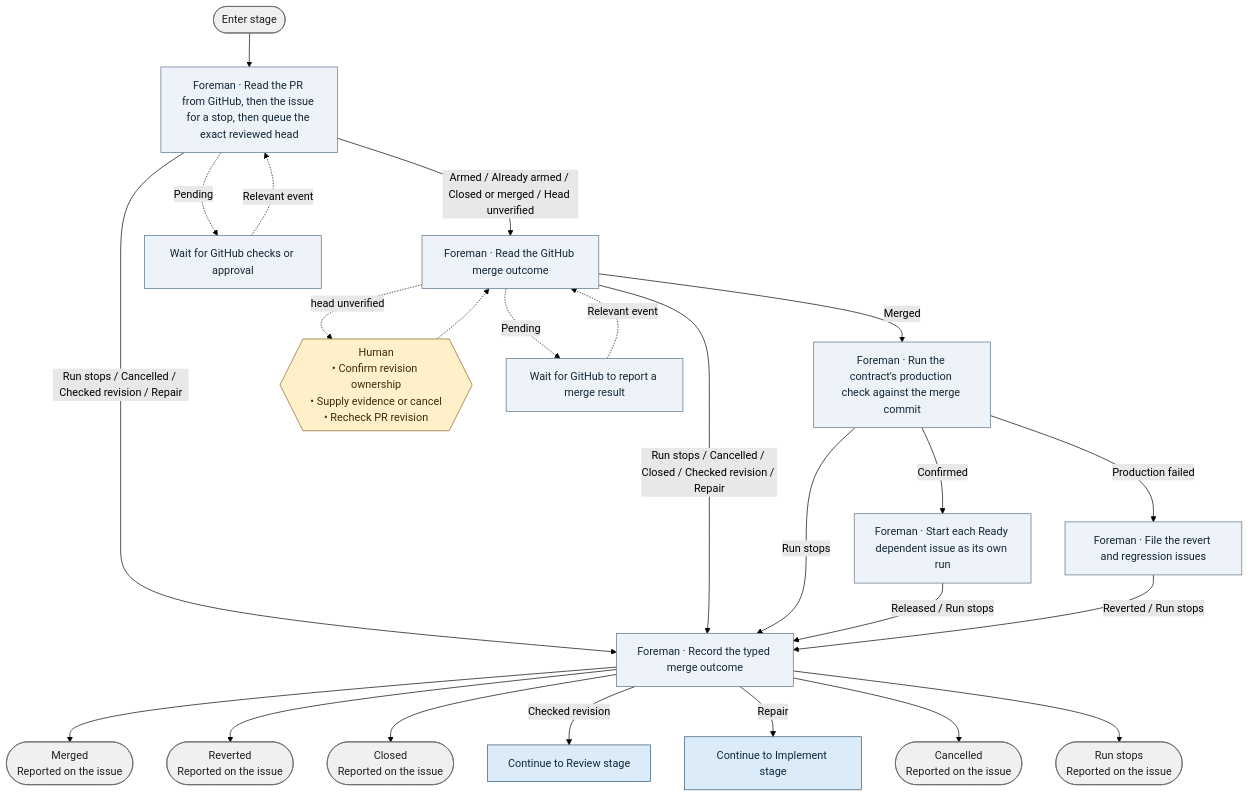
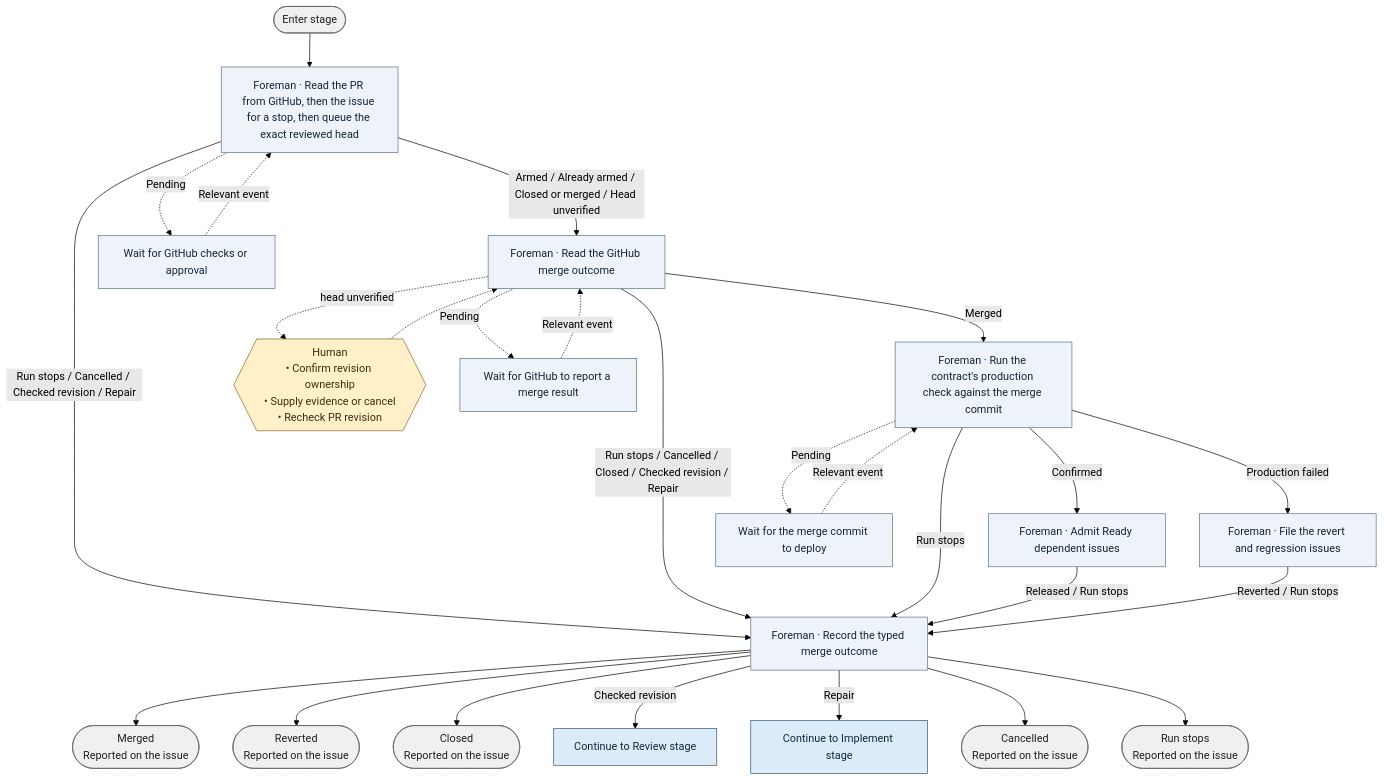
The diagram in docs/graph/blueprint/views/stages/merge.mmd (bookout-labs/tools), drawn with Mermaid (forest theme) before and after one commit. The commit also changed 26 other files, not shown here.

```diff
--- a/docs/graph/blueprint/views/stages/merge.mmd
+++ b/docs/graph/blueprint/views/stages/merge.mmd
@@ -1,46 +1,49 @@
 flowchart TD
     n0(["Enter stage"]):::terminal
     n1["Foreman · Read the PR from GitHub, then the issue for a stop, then queue the exact reviewed head"]:::step
     n2["Foreman · Read the GitHub merge outcome"]:::step
     n3["Foreman · Run the contract's production check against the merge commit"]:::step
-    n4["Foreman · Start each Ready dependent issue as its own run"]:::step
+    n4["Foreman · Admit Ready dependent issues"]:::step
     n5["Foreman · File the revert and regression issues"]:::step
     n6["Foreman · Record the typed merge outcome"]:::step
     n7(["Merged<br/>Reported on the issue"]):::terminal
     n8(["Reverted<br/>Reported on the issue"]):::terminal
     n9(["Closed<br/>Reported on the issue"]):::terminal
     n10["Continue to Review stage"]:::stage
     n11["Continue to Implement stage"]:::stage
     n12(["Cancelled<br/>Reported on the issue"]):::terminal
     n13(["Run stops<br/>Reported on the issue"]):::terminal
     n14{{"Human<br/>• Confirm revision ownership<br/>• Supply evidence or cancel<br/>• Recheck PR revision"}}:::gate
     n15["Wait for GitHub checks or approval"]:::step
     n16["Wait for GitHub to report a merge result"]:::step
+    n17["Wait for the merge commit to deploy"]:::step
     n0 --> n1
     n1 -->|"Run stops / Cancelled / Checked revision / Repair"| n6
     n1 -->|"Armed / Already armed / Closed or merged / Head unverified"| n2
     n2 -->|"Run stops / Cancelled / Closed / Checked revision / Repair"| n6
     n2 -->|"Merged"| n3
     n3 -->|"Confirmed"| n4
     n3 -->|"Production failed"| n5
     n3 -->|"Run stops"| n6
     n4 -->|"Released / Run stops"| n6
     n5 -->|"Reverted / Run stops"| n6
     n6 --> n7
     n6 --> n8
     n6 --> n9
     n6 -->|"Checked revision"| n10
     n6 -->|"Repair"| n11
     n6 --> n12
     n6 --> n13
     n2 -.->|"head unverified"| n14
     n14 -.-> n2
     n1 -.->|"Pending"| n15
     n15 -.->|"Relevant event"| n1
     n2 -.->|"Pending"| n16
     n16 -.->|"Relevant event"| n2
+    n3 -.->|"Pending"| n17
+    n17 -.->|"Relevant event"| n3
     classDef stage fill:#dcebf8,stroke:#315675,color:#10283b
     classDef step fill:#edf3f8,stroke:#597187,color:#132638
     classDef worker fill:#d7f0e8,stroke:#357369,color:#133c36
     classDef gate fill:#fff0c9,stroke:#89641f,color:#3f2b0b
     classDef terminal fill:#f0f0f0,stroke:#666666,color:#202020
```
